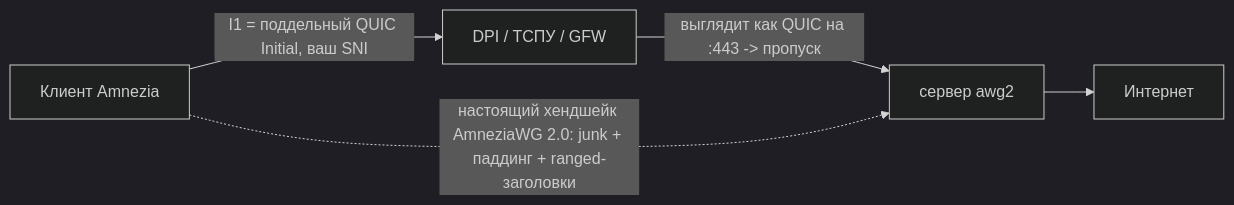
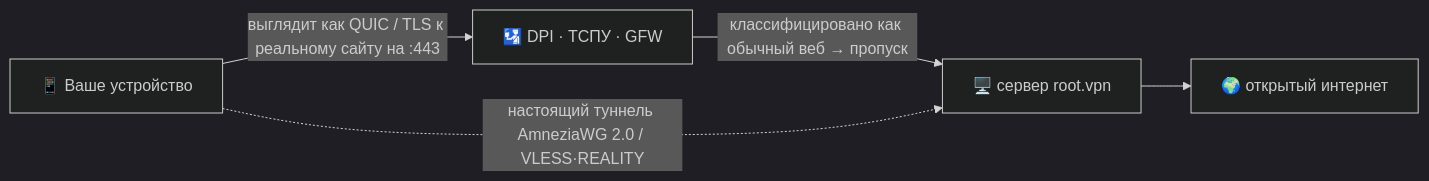
One commit to vektort13/root.vpn changed the diagram in README.ru.md. Above: the diagram before and after it, drawn with Mermaid (dark theme). The commit also changed other lines of this file and 3 other files, not shown here.

````diff
--- a/README.ru.md
+++ b/README.ru.md
@@ -44,7 +62,7 @@
 ```mermaid
 flowchart LR
-    C["Клиент Amnezia"] -->|"I1 = поддельный QUIC Initial, ваш SNI"| DPI["DPI / ТСПУ / GFW"]
-    DPI -->|"выглядит как QUIC на :443 -> пропуск"| S["сервер awg2"]
-    C -. "настоящий хендшейк AmneziaWG 2.0: junk + паддинг + ranged-заголовки" .-> S
-    S --> NET["Интернет"]
+    C["📱 Ваше устройство"] -->|"выглядит как QUIC / TLS к реальному сайту на :443"| DPI["🛂 DPI · ТСПУ · GFW"]
+    DPI -->|"классифицировано как обычный веб → пропуск"| S["🖥️ сервер root.vpn"]
+    C -. "настоящий туннель AmneziaWG 2.0 / VLESS·REALITY" .-> S
+    S --> NET["🌍 открытый интернет"]
 ```
````
